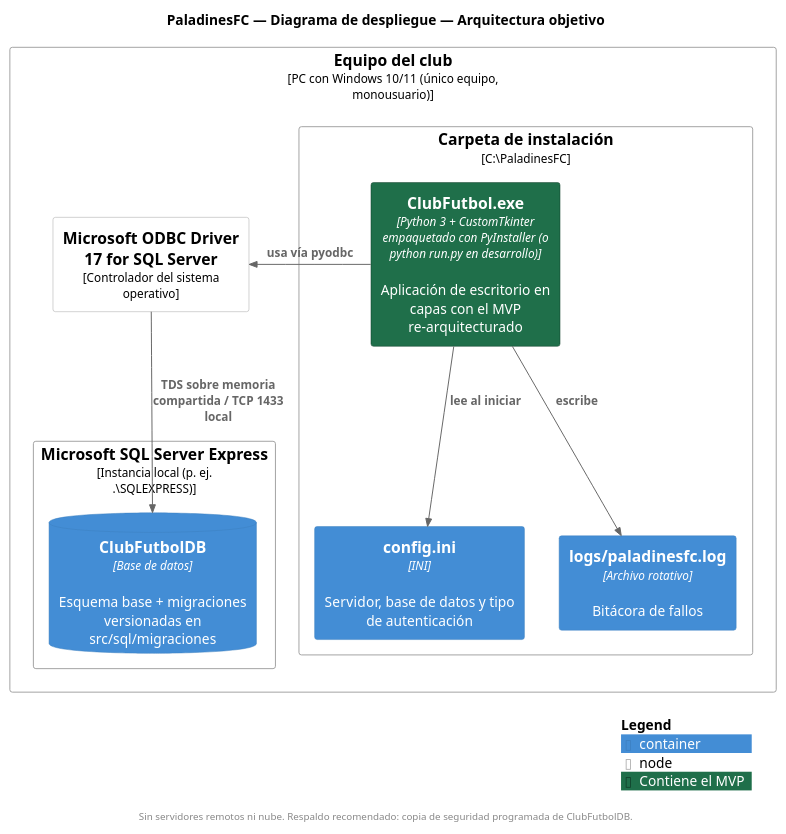
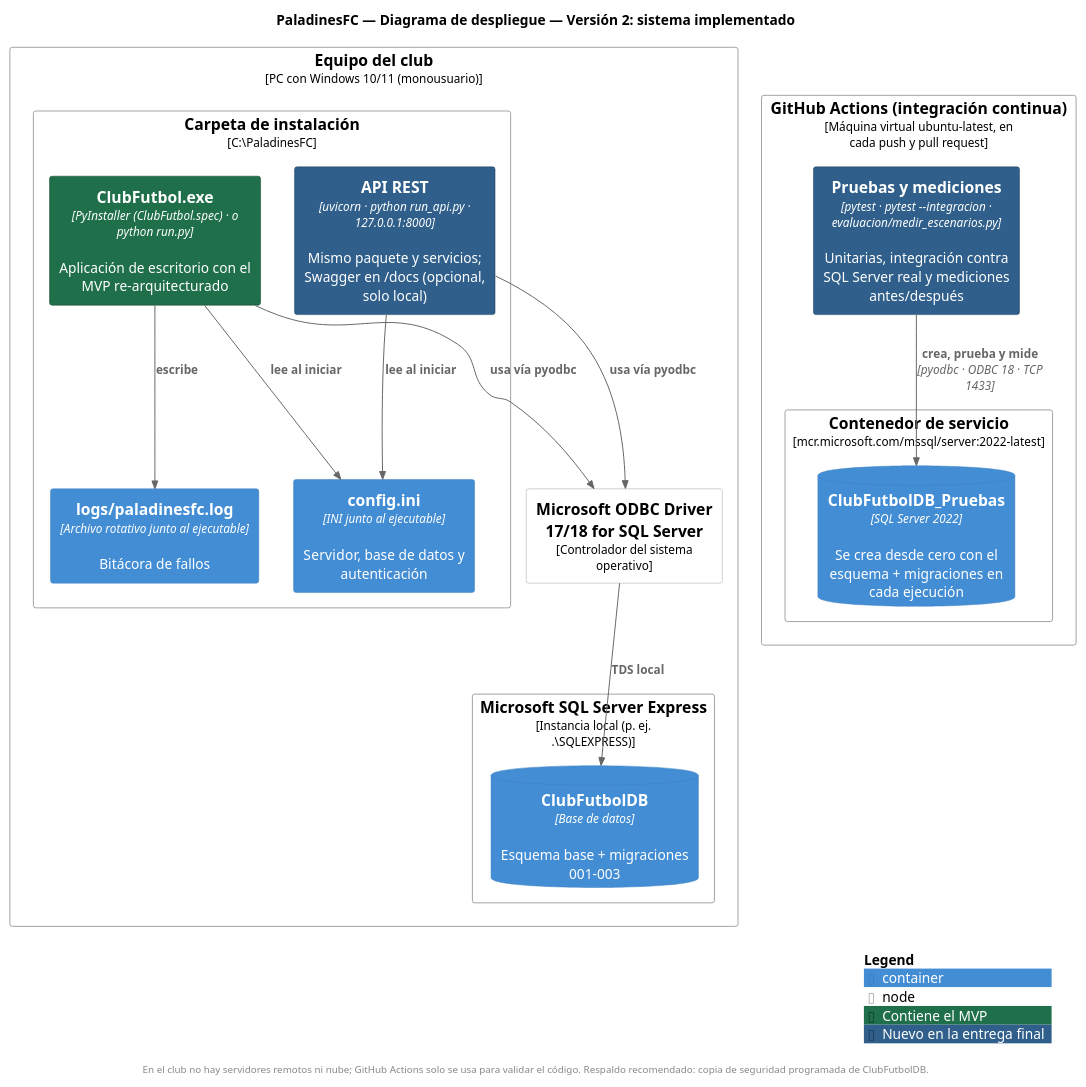
One commit to MarianaA27/ClubDeFutbol__ changed the diagram in docs/diagramas/fuentes/despliegue.puml. Above: the diagram before and after it, drawn with PlantUML. The commit also changed 11 other files, not shown here.

Commit message:
docs(diagramas): C4 versión 2 y despliegue con lo implementado

```diff
--- a/docs/diagramas/fuentes/despliegue.puml
+++ b/docs/diagramas/fuentes/despliegue.puml
@@ -1,29 +1,41 @@
 @startuml despliegue
 !include <C4/C4_Deployment>
-' PaladinesFC — Diagrama de despliegue (versión 1, arquitectura OBJETIVO)
+' PaladinesFC — Diagrama de despliegue (versión 2: cómo quedó el sistema)
 
 LAYOUT_TOP_DOWN()
 AddElementTag("mvp", $bgColor="#1f6f4a", $borderColor="#0f3d28", $fontColor="#ffffff", $legendText="Contiene el MVP")
+AddElementTag("nuevo", $bgColor="#2f5f8a", $borderColor="#1b3a57", $fontColor="#ffffff", $legendText="Nuevo en la entrega final")
 
-title PaladinesFC — Diagrama de despliegue — Arquitectura objetivo
+title PaladinesFC — Diagrama de despliegue — Versión 2: sistema implementado
 
-Deployment_Node(pc, "Equipo del club", "PC con Windows 10/11 (único equipo, monousuario)") {
+Deployment_Node(pc, "Equipo del club", "PC con Windows 10/11 (monousuario)") {
     Deployment_Node(carpeta, "Carpeta de instalación", "C:\\PaladinesFC") {
-        Container(exe, "ClubFutbol.exe", "Python 3 + CustomTkinter empaquetado con PyInstaller (o python run.py en desarrollo)", "Aplicación de escritorio en capas con el MVP re-arquitecturado", $tags="mvp")
-        Container(cfg, "config.ini", "INI", "Servidor, base de datos y tipo de autenticación")
-        Container(log, "logs/paladinesfc.log", "Archivo rotativo", "Bitácora de fallos")
+        Container(exe, "ClubFutbol.exe", "PyInstaller (ClubFutbol.spec) · o python run.py", "Aplicación de escritorio con el MVP re-arquitecturado", $tags="mvp")
+        Container(api, "API REST", "uvicorn · python run_api.py · 127.0.0.1:8000", "Mismo paquete y servicios; Swagger en /docs (opcional, solo local)", $tags="nuevo")
+        Container(cfg, "config.ini", "INI junto al ejecutable", "Servidor, base de datos y autenticación")
+        Container(log, "logs/paladinesfc.log", "Archivo rotativo junto al ejecutable", "Bitácora de fallos")
     }
-    Deployment_Node(odbc, "Microsoft ODBC Driver 17 for SQL Server", "Controlador del sistema operativo")
+    Deployment_Node(odbc, "Microsoft ODBC Driver 17/18 for SQL Server", "Controlador del sistema operativo")
     Deployment_Node(sql, "Microsoft SQL Server Express", "Instancia local (p. ej. .\\SQLEXPRESS)") {
-        ContainerDb(bd, "ClubFutbolDB", "Base de datos", "Esquema base + migraciones versionadas en src/sql/migraciones")
+        ContainerDb(bd, "ClubFutbolDB", "Base de datos", "Esquema base + migraciones 001–003")
+    }
+}
+
+Deployment_Node(gh, "GitHub Actions (integración continua)", "Máquina virtual ubuntu-latest, en cada push y pull request") {
+    Container(ci, "Pruebas y mediciones", "pytest · pytest --integracion · evaluacion/medir_escenarios.py", "Unitarias, integración contra SQL Server real y mediciones antes/después", $tags="nuevo")
+    Deployment_Node(docker, "Contenedor de servicio", "mcr.microsoft.com/mssql/server:2022-latest") {
+        ContainerDb(bdci, "ClubFutbolDB_Pruebas", "SQL Server 2022", "Se crea desde cero con el esquema + migraciones en cada ejecución")
     }
 }
 
 Rel(exe, cfg, "lee al iniciar")
+Rel(api, cfg, "lee al iniciar")
 Rel(exe, log, "escribe")
 Rel_R(exe, odbc, "usa vía pyodbc")
-Rel(odbc, bd, "TDS sobre memoria compartida / TCP 1433 local")
+Rel(api, odbc, "usa vía pyodbc")
+Rel(odbc, bd, "TDS local")
+Rel(ci, bdci, "crea, prueba y mide", "pyodbc · ODBC 18 · TCP 1433")
 
 SHOW_LEGEND()
-footer Sin servidores remotos ni nube. Respaldo recomendado: copia de seguridad programada de ClubFutbolDB.
+footer En el club no hay servidores remotos ni nube; GitHub Actions solo se usa para validar el código. Respaldo recomendado: copia de seguridad programada de ClubFutbolDB.
 @enduml
```
